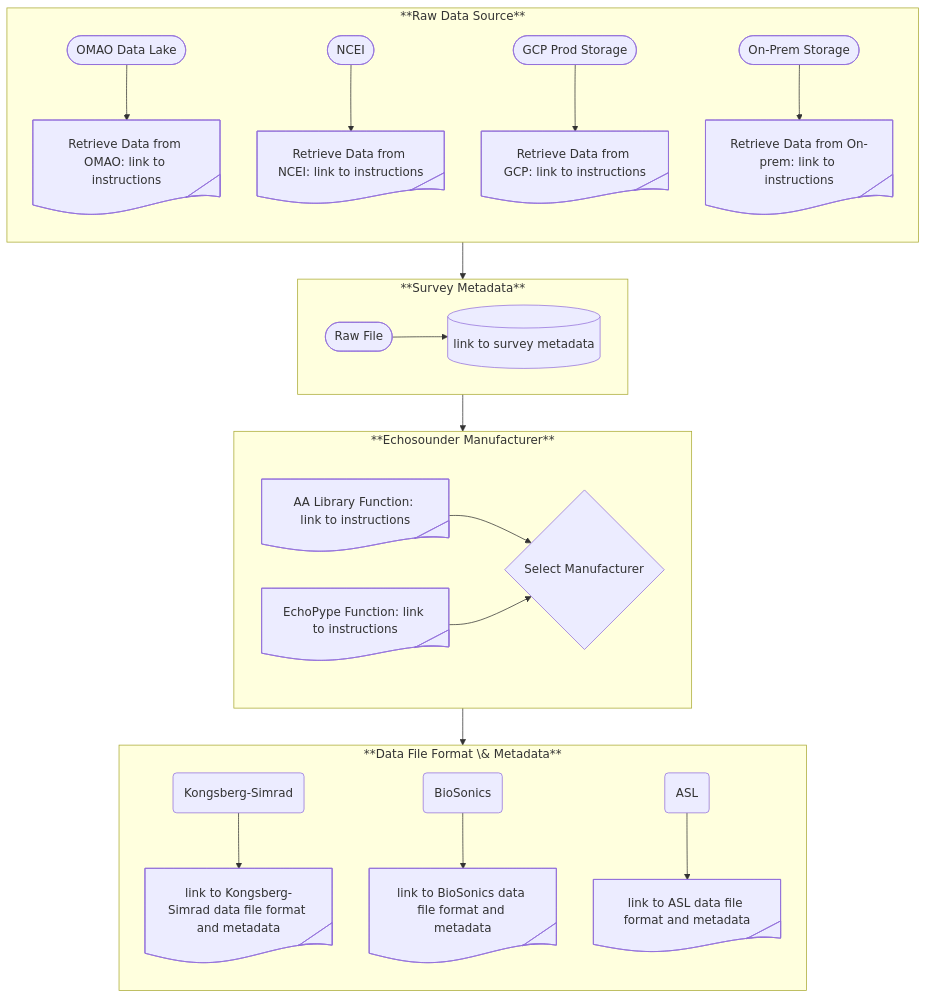
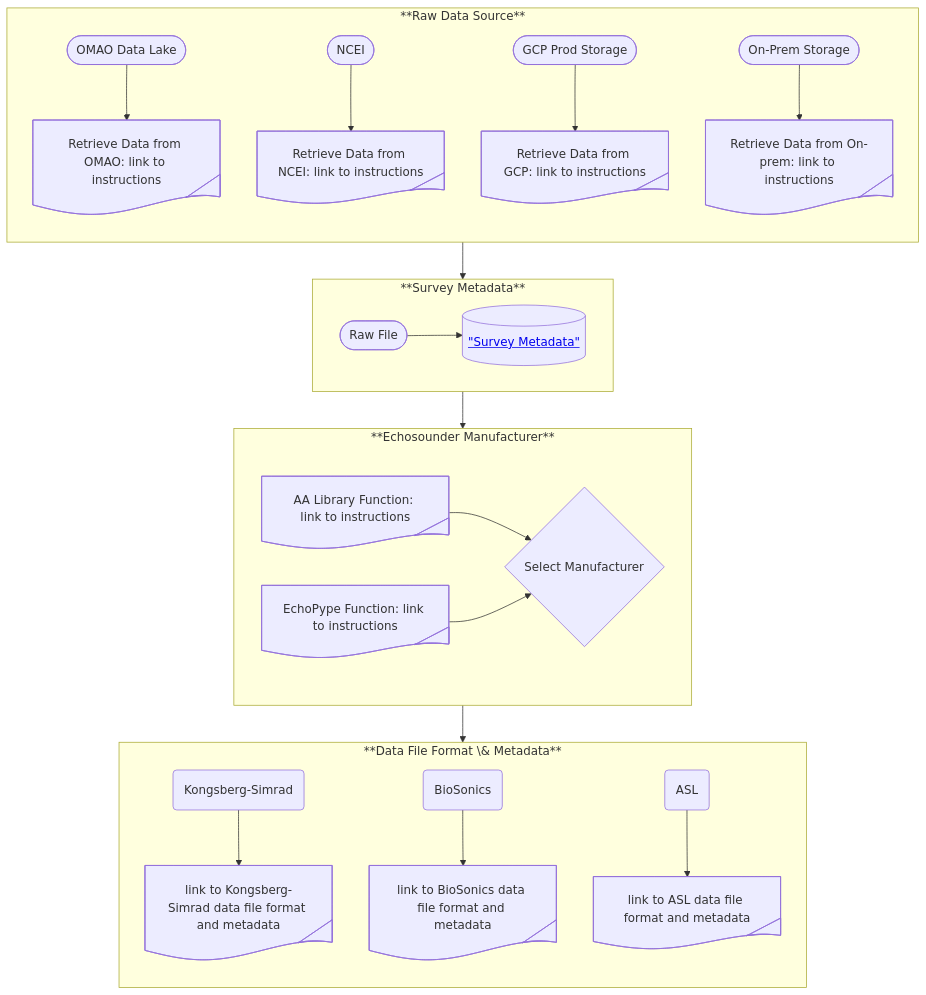
One commit to nmfs-ost/AA-SI_DataRoadMap changed the diagram in README.md. Above: the diagram before and after it, drawn with Mermaid.

Commit message:
link metadata repo

````diff
--- a/README.md
+++ b/README.md
@@ -39,28 +39,28 @@
 ```mermaid
 flowchart TB
     subgraph DataSource["**Raw Data Source**"]
         direction TB
         idSrcOMAO@{shape: stadium, label: "OMAO Data Lake"} --> idOMAO@{ shape: tag-doc, label: "Retrieve Data from OMAO: link to instructions" }
         idSrcNCEI@{shape: stadium, label: "NCEI"} --> idNCEI@{ shape: tag-doc, label: "Retrieve Data from NCEI: link to instructions" }
         idSrcGCP@{shape: stadium, label: "GCP Prod Storage"} --> idGCP@{ shape: tag-doc, label: "Retrieve Data from GCP: link to instructions" }
         idSrcOP@{shape: stadium, label: "On-Prem Storage"} --> idOP@{ shape: tag-doc, label: "Retrieve Data from On-prem: link to instructions" }
     end
     subgraph SurveyMetaData["**Survey Metadata**"]
         direction LR
-        idRF@{ shape: stadium, label: "Raw File" } --> idSMD@{ shape: database, label: "link to survey metadata" }
+        idRF@{ shape: stadium, label: "Raw File" } --> idSMD@{ shape: database, label: <a href="https://github.com/nmfs-ost/AA-SI_metadata"> "Survey Metadata"</a> }
     end
     subgraph ESManufacturer["**Echosounder Manufacturer**"]
         direction LR
         idAL1@{shape: tag-doc, label: "AA Library Function: link to instructions"} --> idMan@{ shape: diamond, label: "Select Manufacturer" }
         idAL2@{shape: tag-doc, label: "EchoPype Function: link to instructions"} --> idMan
     end
     subgraph ESMetaData["**Data File Format \& Metadata**"]
         direction TB
         idKS@{ shape: rounded, label: "Kongsberg-Simrad" } --> idKSMD@{ shape: tag-doc, label: "link to Kongsberg-Simrad data file format and metadata" }
         idBS@{ shape: rounded, label: "BioSonics" } --> idBSMD@{ shape: tag-doc, label: "link to BioSonics data file format and metadata" }
         idASL@{ shape: rounded, label: "ASL" } --> idASLMD@{ shape: tag-doc, label: "link to ASL data file format and metadata" }
     end
     DataSource --> SurveyMetaData
     SurveyMetaData --> ESManufacturer
     ESManufacturer --> ESMetaData
 ```
````
